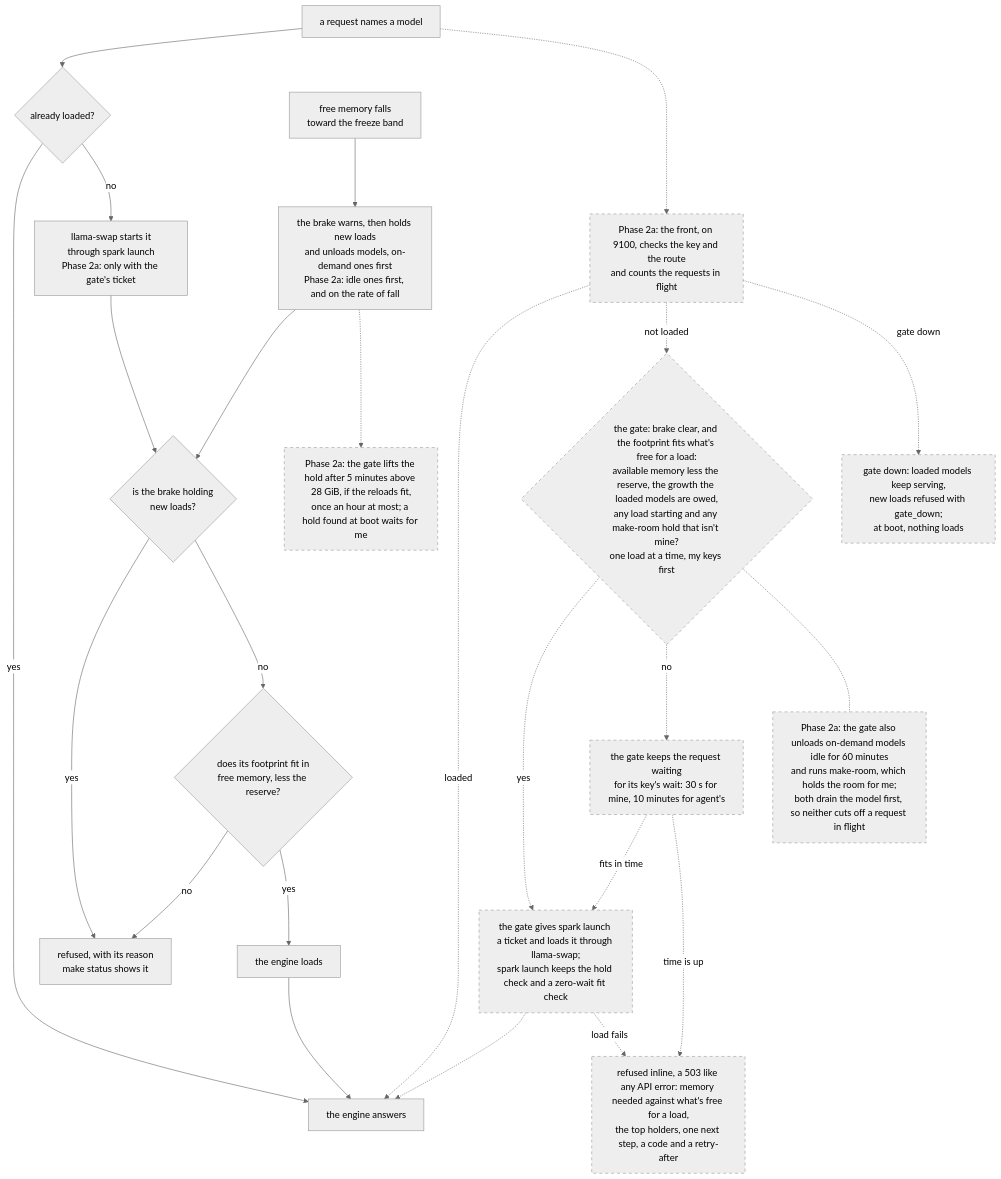
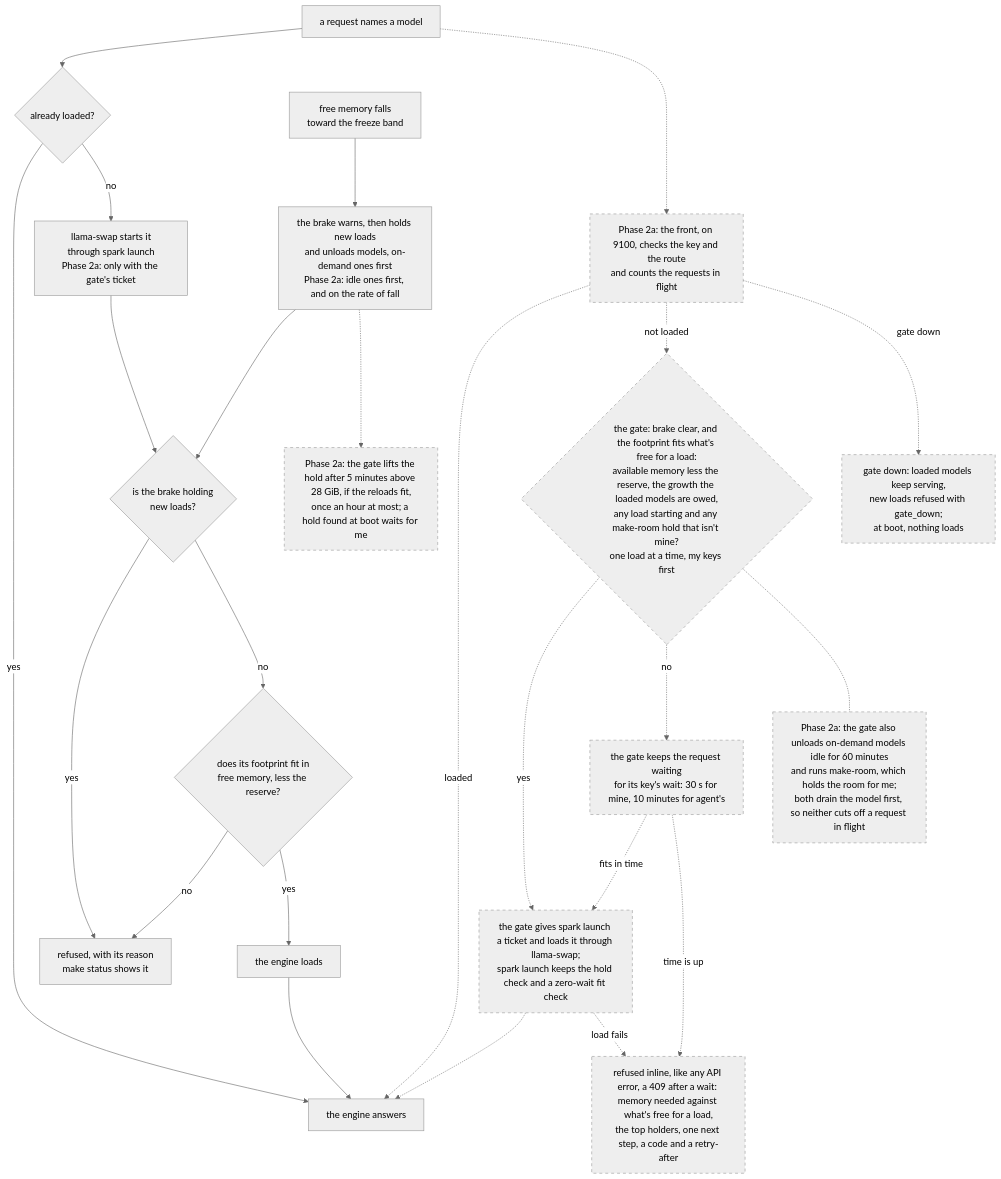
The third of 4 diagrams in website/architecture.qmd (chendaniely/local-ai), drawn with Mermaid (neutral theme) before and after one commit. The commit also changed 5 other files, not shown here.

Commit message:
docs(plan): 🤖 refusals after a wait are 409, so clients don't retry them

````diff
--- a/website/architecture.qmd
+++ b/website/architecture.qmd
@@ -180,37 +180,37 @@
 ```{mermaid}
 flowchart TD
   classDef planned stroke-dasharray: 5 5
 
   req["a request names a model"] --> loaded{"already loaded?"}
   loaded -- yes --> answer["the engine answers"]
   loaded -- no --> launch["llama-swap starts it<br/>through spark launch<br/>Phase 2a: only with the gate's ticket"]
   launch --> held{"is the brake holding<br/>new loads?"}
   held -- yes --> refuse["refused, with its reason<br/>make status shows it"]
   held -- no --> fits{"does its footprint fit in<br/>free memory, less the reserve?"}
   fits -- no --> refuse
   fits -- yes --> load["the engine loads"] --> answer
   low["free memory falls<br/>toward the freeze band"] --> brake["the brake warns, then holds new loads<br/>and unloads models, on-demand ones first<br/>Phase 2a: idle ones first, and on the rate of fall"]
   brake --> held
 
   front["Phase 2a: the front, on 9100, checks the key and the route<br/>and counts the requests in flight"]:::planned
   gdown["gate down: loaded models keep serving,<br/>new loads refused with gate_down;<br/>at boot, nothing loads"]:::planned
   ask{"the gate: brake clear, and the footprint fits what's free for a load:<br/>available memory less the reserve, the growth the loaded models are owed,<br/>any load starting and any make-room hold that isn't mine?<br/>one load at a time, my keys first"}:::planned
   gload["the gate gives spark launch a ticket and loads it through llama-swap;<br/>spark launch keeps the hold check and a zero-wait fit check"]:::planned
   hold["the gate keeps the request waiting<br/>for its key's wait: 30 s for mine, 10 minutes for agent's"]:::planned
-  inline["refused inline, a 503 like any API error: memory needed against what's free for a load,<br/>the top holders, one next step, a code and a retry-after"]:::planned
+  inline["refused inline, like any API error, a 409 after a wait: memory needed against what's free for a load,<br/>the top holders, one next step, a code and a retry-after"]:::planned
   release["Phase 2a: the gate lifts the hold after 5 minutes above 28 GiB, if the reloads fit,<br/>once an hour at most; a hold found at boot waits for me"]:::planned
   idle["Phase 2a: the gate also unloads on-demand models idle for 60 minutes<br/>and runs make-room, which holds the room for me;<br/>both drain the model first, so neither cuts off a request in flight"]:::planned
 
   req -.-> front
   front -. loaded .-> answer
   front -. "not loaded" .-> ask
   front -. "gate down" .-> gdown
   ask -. yes .-> gload
   gload -.-> answer
   gload -. "load fails" .-> inline
   ask -. no .-> hold
   hold -. "fits in time" .-> gload
   hold -. "time is up" .-> inline
   brake -.-> release
   ask -.- idle
 ```
````
